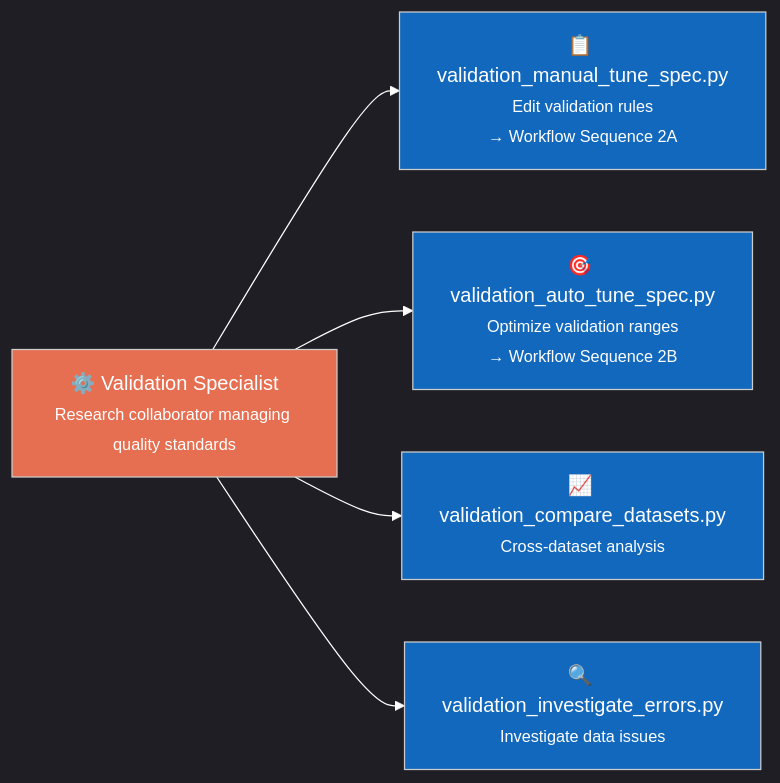
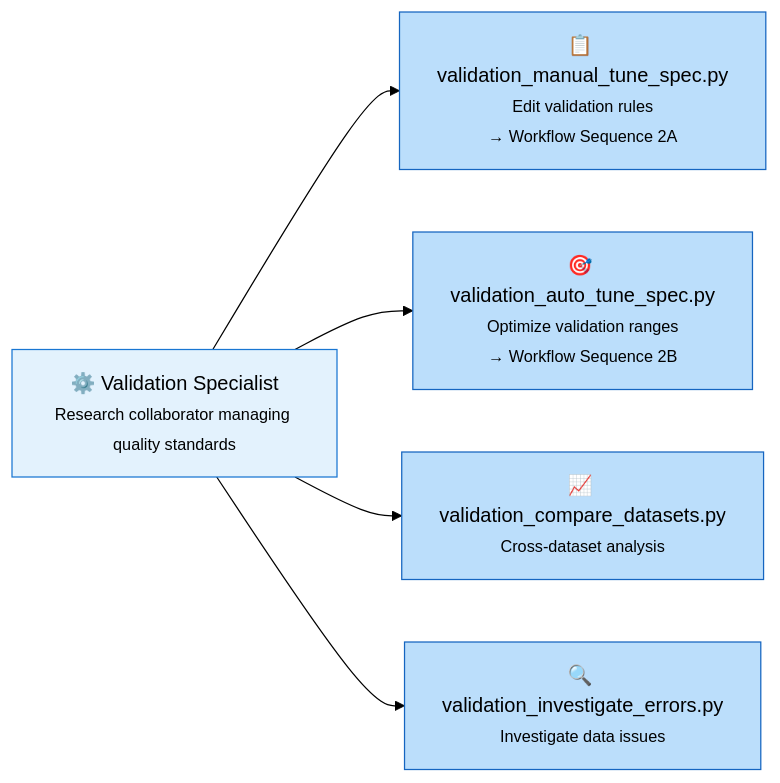
One commit to jmontp/LocoHub changed the second of 7 diagrams in docs/software_engineering/docs/01b_SYSTEM_CONTEXT.md. Above: the diagram before and after it, drawn with Mermaid. The commit also changed other lines of this file and 14 other files, not shown here.

````diff
--- a/docs/software_engineering/docs/01b_SYSTEM_CONTEXT.md
+++ b/docs/software_engineering/docs/01b_SYSTEM_CONTEXT.md
@@ -55,18 +55,18 @@
 ```mermaid
-%%{init: {'theme': 'dark'}}%%
+%%{init: {'theme': 'default'}}%%
 graph LR
     VS["⚙️ Validation Specialist<br/><font size='-1'>Research collaborator managing quality standards</font>"]
     
     VS --> MANAGE["📋 validation_manual_tune_spec.py<br/><font size='-1'>Edit validation rules<br/>→ Workflow Sequence 2A</font>"]
     VS --> TUNE["🎯 validation_auto_tune_spec.py<br/><font size='-1'>Optimize validation ranges<br/>→ Workflow Sequence 2B</font>"]
     VS --> COMPARE["📈 validation_compare_datasets.py<br/><font size='-1'>Cross-dataset analysis</font>"]
     VS --> DEBUG["🔍 validation_investigate_errors.py<br/><font size='-1'>Investigate data issues</font>"]
     
-    style VS fill:#e76f51,color:white
-    style MANAGE fill:#1168bd,color:white
-    style TUNE fill:#1168bd,color:white
-    style COMPARE fill:#1168bd,color:white
-    style DEBUG fill:#1168bd,color:white
+    style VS fill:#e3f2fd,color:#000000,stroke:#1976d2
+    style MANAGE fill:#bbdefb,color:#000000,stroke:#1565c0
+    style TUNE fill:#bbdefb,color:#000000,stroke:#1565c0
+    style COMPARE fill:#bbdefb,color:#000000,stroke:#1565c0
+    style DEBUG fill:#bbdefb,color:#000000,stroke:#1565c0
     
-    linkStyle default stroke:white
+    linkStyle default stroke:black
 ```
````
